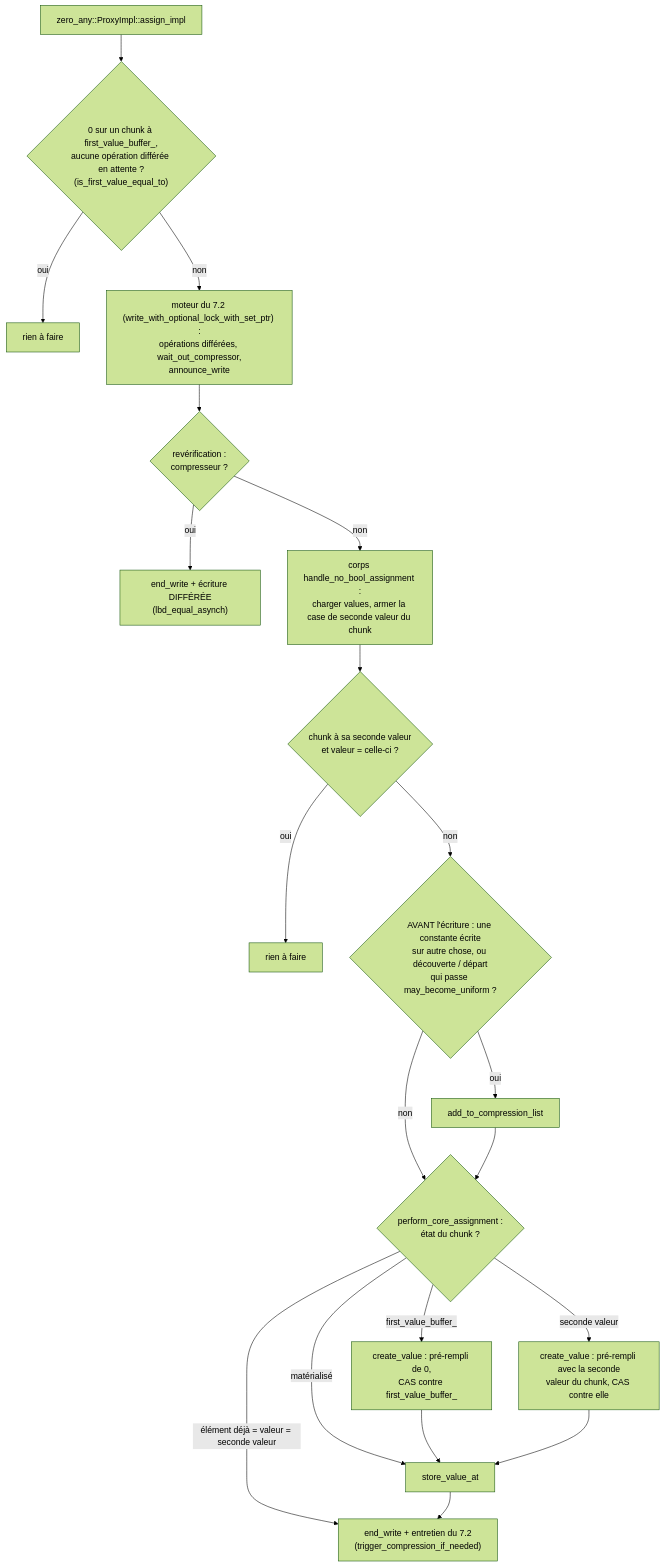
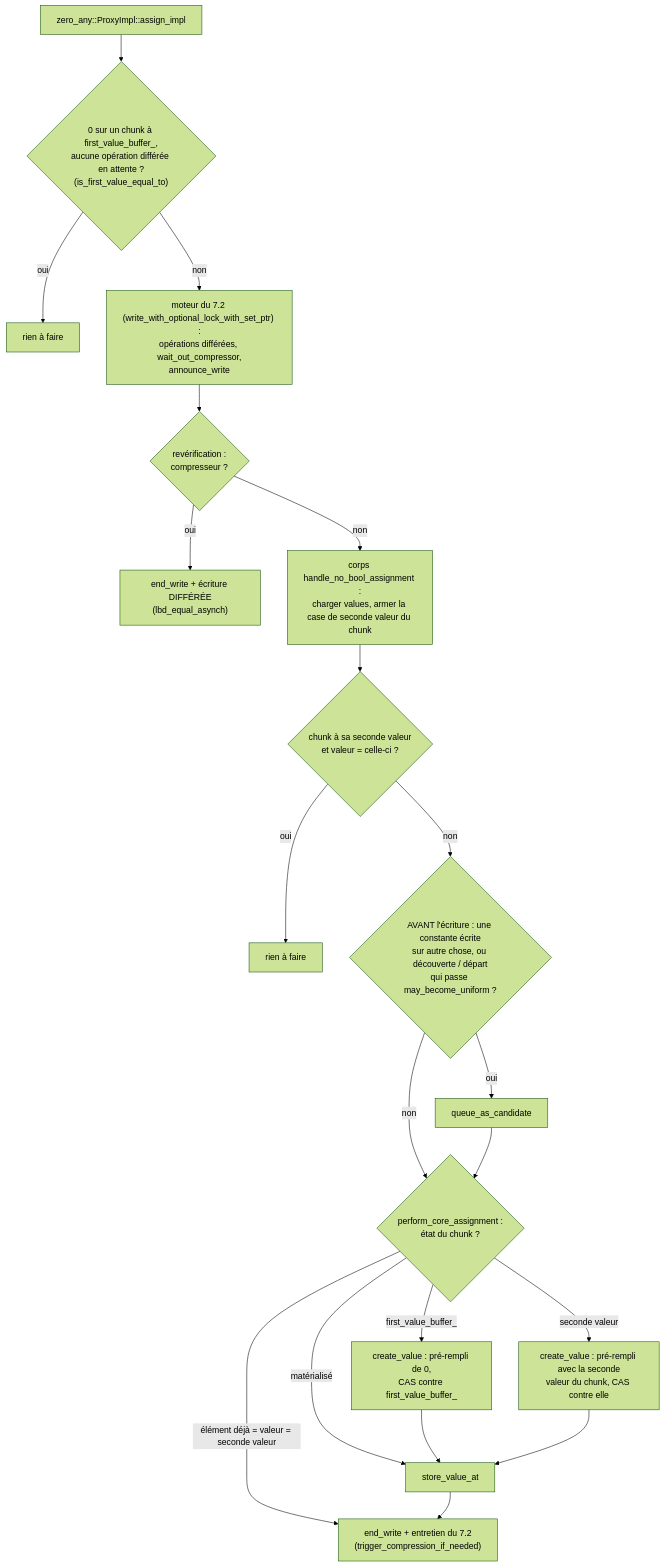
Before and after one commit to cea-hpc/shrink-array: the second of 2 diagrams in docs/algo_zero_any_fr.md, drawn with Mermaid (forest theme). The commit also changed other lines of this file and 71 other files, not shown here.

````diff
--- a/docs/algo_zero_any_fr.md
+++ b/docs/algo_zero_any_fr.md
@@ -187,22 +187,22 @@
 ```mermaid
 flowchart TD
     A["zero_any::ProxyImpl::assign_impl"] --> B{"0 sur un chunk à first_value_buffer_,<br/>aucune opération différée en attente ?<br/>(is_first_value_equal_to)"}
     B -->|oui| B1["rien à faire"]
     B -->|non| C["moteur du 7.2 (write_with_optional_lock_with_set_ptr) :<br/>opérations différées, wait_out_compressor,<br/>announce_write"]
     C --> D{"revérification :<br/>compresseur ?"}
     D -->|oui| D1["end_write + écriture DIFFÉRÉE<br/>(lbd_equal_asynch)"]
     D -->|non| E["corps handle_no_bool_assignment :<br/>charger values, armer la case de seconde valeur du chunk"]
     E --> F{"chunk à sa seconde valeur<br/>et valeur = celle-ci ?"}
     F -->|oui| F1["rien à faire"]
     F -->|non| G{"AVANT l'écriture : une constante écrite<br/>sur autre chose, ou découverte / départ<br/>qui passe may_become_uniform ?"}
-    G -->|oui| G1["add_to_compression_list"]
+    G -->|oui| G1["queue_as_candidate"]
     G -->|non| H
     G1 --> H{"perform_core_assignment :<br/>état du chunk ?"}
     H -->|"élément déjà = valeur = seconde valeur"| K
     H -->|"first_value_buffer_"| H1["create_value : pré-rempli de 0,<br/>CAS contre first_value_buffer_"]
     H -->|"seconde valeur"| H2["create_value : pré-rempli avec la seconde<br/>valeur du chunk, CAS contre elle"]
     H -->|"matérialisé"| I
     H1 --> I["store_value_at"]
     H2 --> I
     I --> K["end_write + entretien du 7.2<br/>(trigger_compression_if_needed)"]
 ```
````
